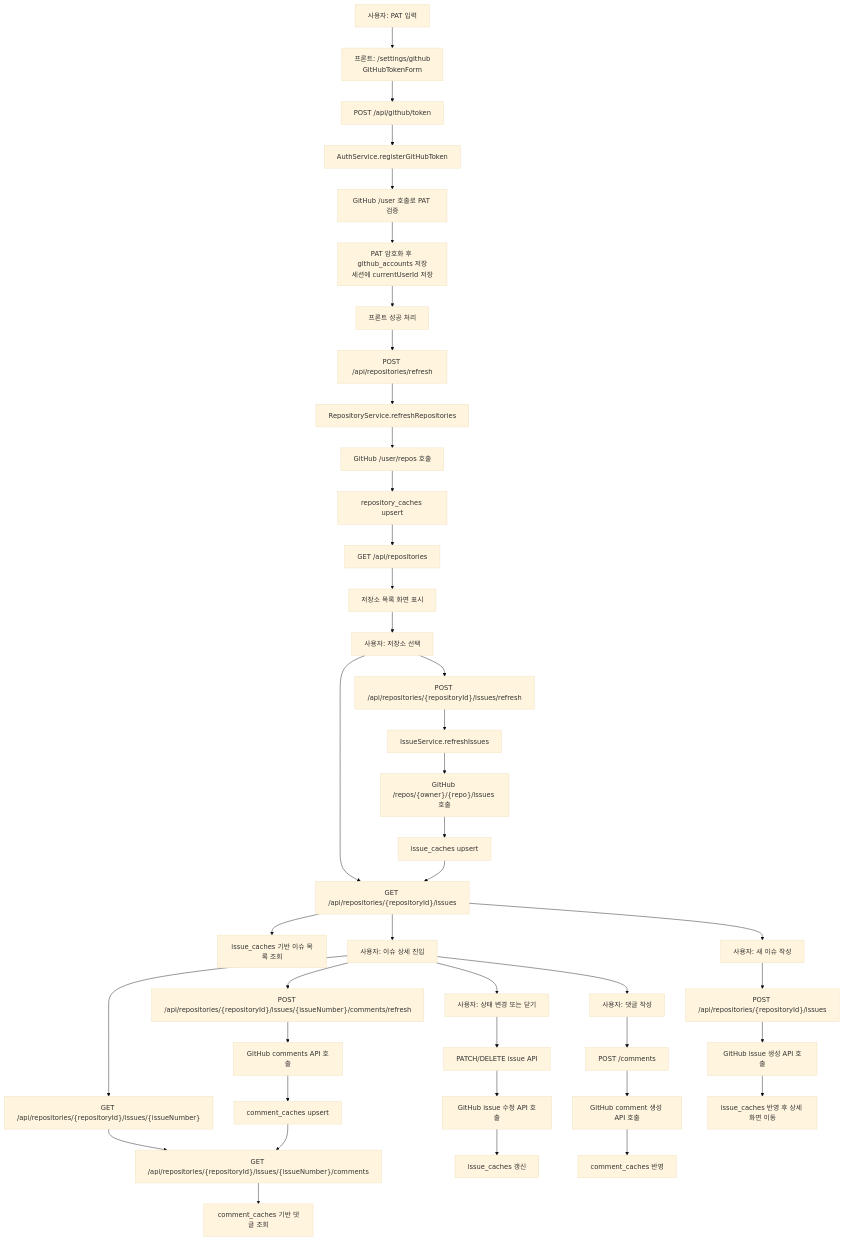
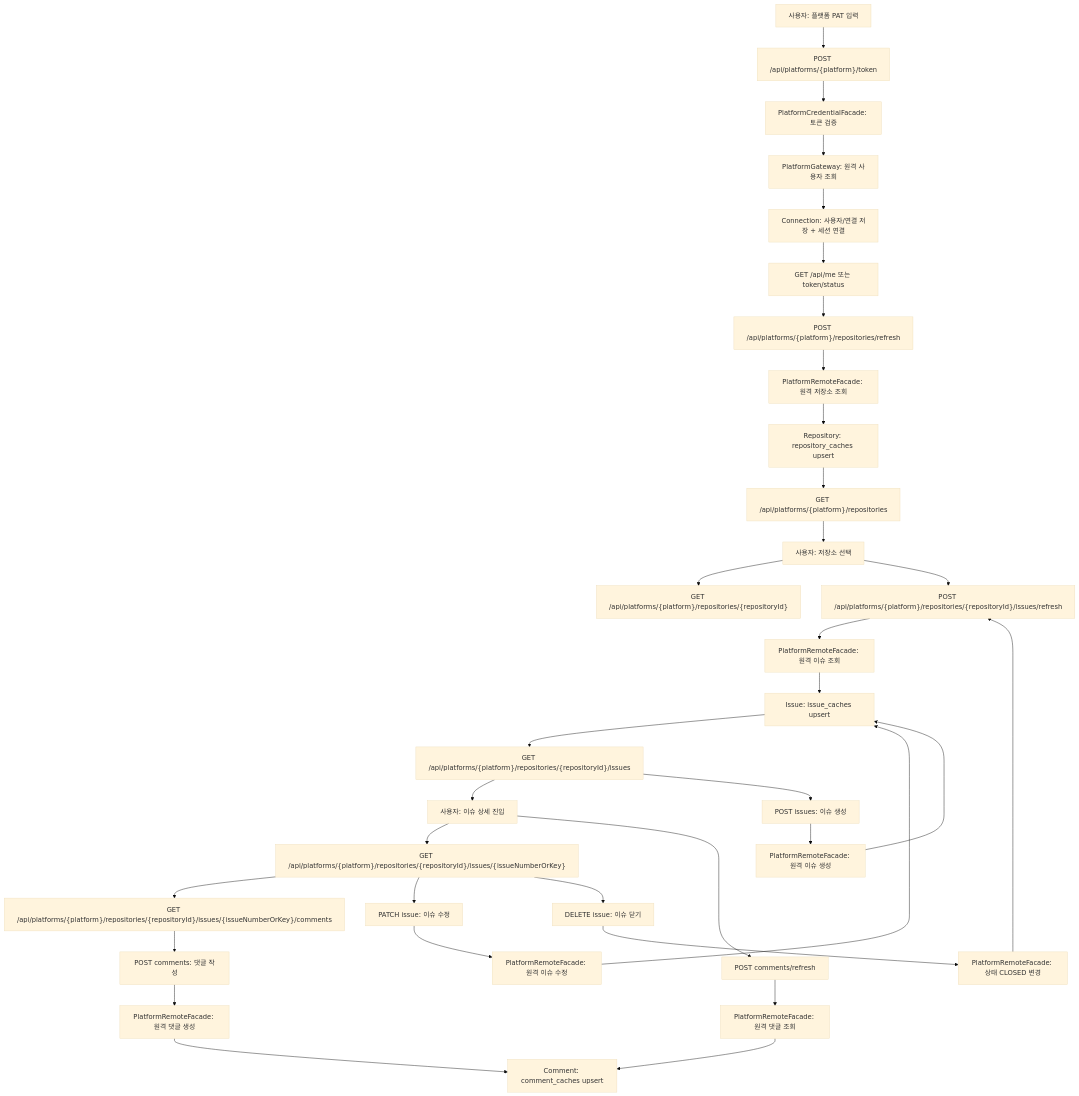
The first of 2 diagrams in docs/08-main-use-case-flow.md (Jungwoook/github-issue-manager), drawn with Mermaid (base theme) before and after one commit. The commit also changed other lines of this file and 11 other files, not shown here.

````diff
--- a/docs/08-main-use-case-flow.md
+++ b/docs/08-main-use-case-flow.md
@@ -31,43 +40,36 @@
 ```mermaid
 flowchart TD
-    A["사용자: PAT 입력"] --> B["프론트: /settings/github\nGitHubTokenForm"]
-    B --> C["POST /api/github/token"]
-    C --> D["AuthService.registerGitHubToken"]
-    D --> E["GitHub /user 호출로 PAT 검증"]
-    E --> F["PAT 암호화 후 github_accounts 저장\n세션에 currentUserId 저장"]
-    F --> G["프론트 성공 처리"]
-    G --> H["POST /api/repositories/refresh"]
-    H --> I["RepositoryService.refreshRepositories"]
-    I --> J["GitHub /user/repos 호출"]
-    J --> K["repository_caches upsert"]
-    K --> L["GET /api/repositories"]
-    L --> M["저장소 목록 화면 표시"]
-    M --> N["사용자: 저장소 선택"]
-    N --> O["GET /api/repositories/{repositoryId}/issues"]
-    O --> P["issue_caches 기반 이슈 목록 조회"]
-    N --> Q["POST /api/repositories/{repositoryId}/issues/refresh"]
-    Q --> R["IssueService.refreshIssues"]
-    R --> S["GitHub /repos/{owner}/{repo}/issues 호출"]
-    S --> T["issue_caches upsert"]
-    T --> O
-    O --> U["사용자: 이슈 상세 진입"]
-    U --> V["GET /api/repositories/{repositoryId}/issues/{issueNumber}"]
-    V --> W["GET /api/repositories/{repositoryId}/issues/{issueNumber}/comments"]
-    W --> X["comment_caches 기반 댓글 조회"]
-    U --> Y["POST /api/repositories/{repositoryId}/issues/{issueNumber}/comments/refresh"]
-    Y --> Z["GitHub comments API 호출"]
-    Z --> AA["comment_caches upsert"]
-    AA --> W
-    O --> AB["사용자: 새 이슈 작성"]
-    AB --> AC["POST /api/repositories/{repositoryId}/issues"]
-    AC --> AD["GitHub issue 생성 API 호출"]
-    AD --> AE["issue_caches 반영 후 상세 화면 이동"]
-    U --> AF["사용자: 상태 변경 또는 닫기"]
-    AF --> AG["PATCH/DELETE issue API"]
-    AG --> AH["GitHub issue 수정 API 호출"]
-    AH --> AI["issue_caches 갱신"]
-    U --> AJ["사용자: 댓글 작성"]
-    AJ --> AK["POST /comments"]
-    AK --> AL["GitHub comment 생성 API 호출"]
-    AL --> AM["comment_caches 반영"]
+    A["사용자: 플랫폼 PAT 입력"] --> B["POST /api/platforms/{platform}/token"]
+    B --> C["PlatformCredentialFacade: 토큰 검증"]
+    C --> D["PlatformGateway: 원격 사용자 조회"]
+    D --> E["Connection: 사용자/연결 저장 + 세션 연결"]
+    E --> F["GET /api/me 또는 token/status"]
+    F --> G["POST /api/platforms/{platform}/repositories/refresh"]
+    G --> H["PlatformRemoteFacade: 원격 저장소 조회"]
+    H --> I["Repository: repository_caches upsert"]
+    I --> J["GET /api/platforms/{platform}/repositories"]
+    J --> K["사용자: 저장소 선택"]
+    K --> L["GET /api/platforms/{platform}/repositories/{repositoryId}"]
+    K --> M["POST /api/platforms/{platform}/repositories/{repositoryId}/issues/refresh"]
+    M --> N["PlatformRemoteFacade: 원격 이슈 조회"]
+    N --> O["Issue: issue_caches upsert"]
+    O --> P["GET /api/platforms/{platform}/repositories/{repositoryId}/issues"]
+    P --> Q["사용자: 이슈 상세 진입"]
+    Q --> R["GET /api/platforms/{platform}/repositories/{repositoryId}/issues/{issueNumberOrKey}"]
+    R --> S["GET /api/platforms/{platform}/repositories/{repositoryId}/issues/{issueNumberOrKey}/comments"]
+    Q --> T["POST comments/refresh"]
+    T --> U["PlatformRemoteFacade: 원격 댓글 조회"]
+    U --> V["Comment: comment_caches upsert"]
+    P --> W["POST issues: 이슈 생성"]
+    W --> X["PlatformRemoteFacade: 원격 이슈 생성"]
+    X --> O
+    R --> Y["PATCH issue: 이슈 수정"]
+    Y --> Z["PlatformRemoteFacade: 원격 이슈 수정"]
+    Z --> O
+    R --> AA["DELETE issue: 이슈 닫기"]
+    AA --> AB["PlatformRemoteFacade: 상태 CLOSED 변경"]
+    AB --> M
+    S --> AC["POST comments: 댓글 작성"]
+    AC --> AD["PlatformRemoteFacade: 원격 댓글 생성"]
+    AD --> V
 ```
````
